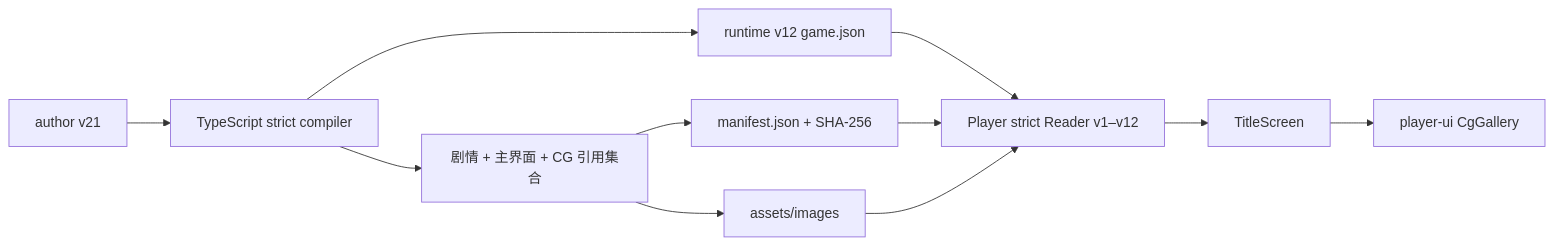
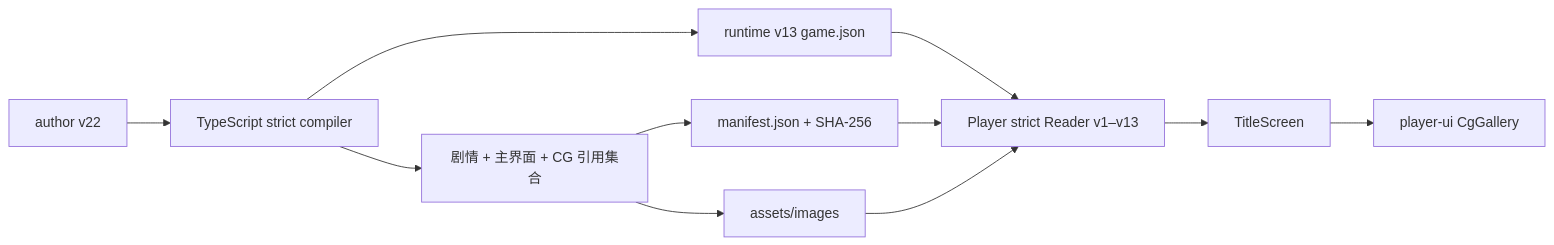
The second of 2 diagrams in docs/cg-gallery-implementation.md (DarkboyRyan/Scratch-Novel-Engine), drawn with Mermaid before and after one commit. The commit also changed other lines of this file and 166 other files, not shown here.

````diff
--- a/docs/cg-gallery-implementation.md
+++ b/docs/cg-gallery-implementation.md
@@ -99,13 +99,13 @@
 ```mermaid
 flowchart LR
-  AUTHOR["author v21"] --> COMPILER["TypeScript strict compiler"]
-  COMPILER --> GAME["runtime v12 game.json"]
+  AUTHOR["author v22"] --> COMPILER["TypeScript strict compiler"]
+  COMPILER --> GAME["runtime v13 game.json"]
   COMPILER --> REFERENCES["剧情 + 主界面 + CG 引用集合"]
   REFERENCES --> MANIFEST["manifest.json + SHA-256"]
   REFERENCES --> MEDIA["assets/images"]
-  GAME --> READER["Player strict Reader v1–v12"]
+  GAME --> READER["Player strict Reader v1–v13"]
   MANIFEST --> READER
   MEDIA --> READER
   READER --> TITLE["TitleScreen"]
   TITLE --> GALLERY["player-ui CgGallery"]
 ```
````
